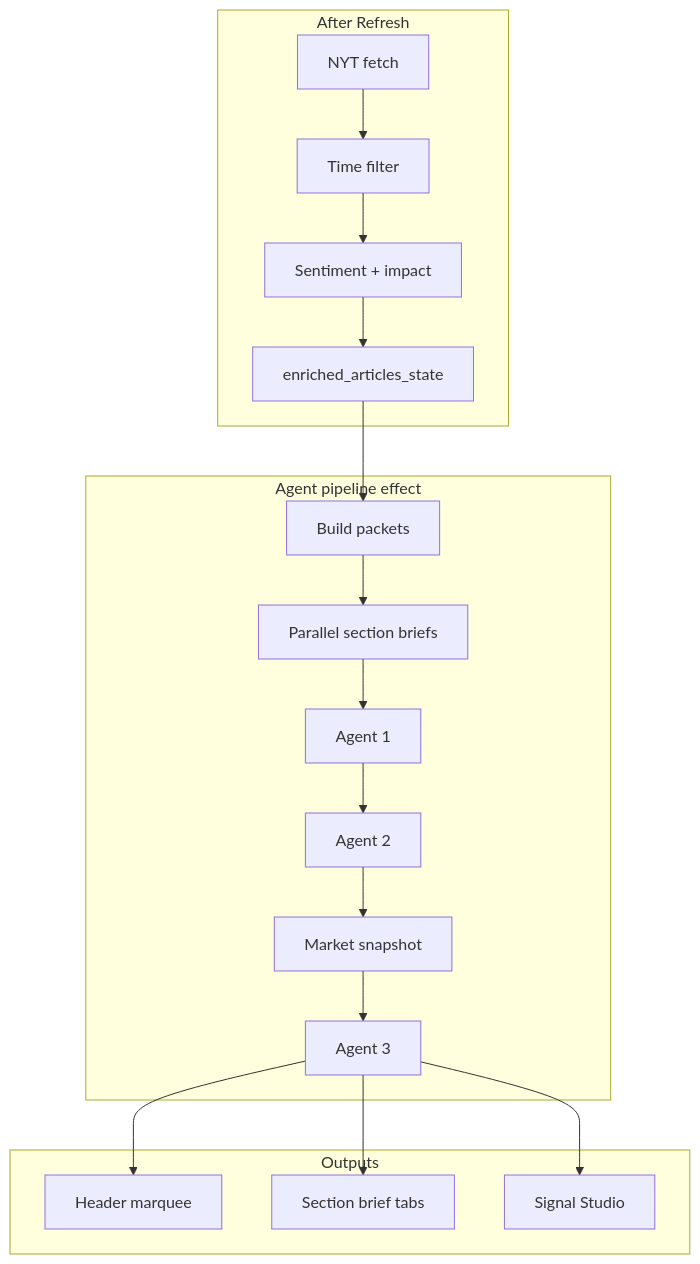
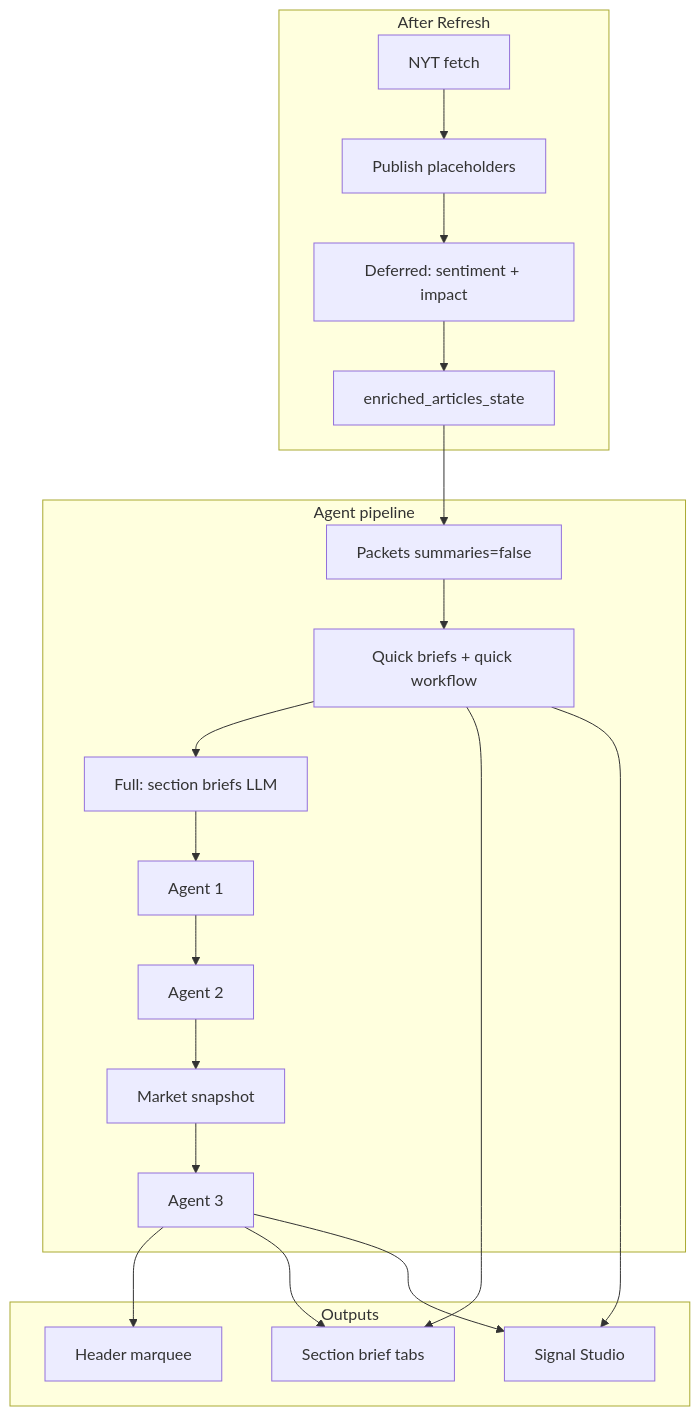
The eighth of 10 diagrams in docs/README-AppV1-Multi-Agent-Architecture.md (janhaviprof-bot/DS-AIforSystemsEng-Project), drawn with Mermaid before and after one commit. The commit also changed other lines of this file and 3 other files, not shown here.

````diff
--- a/docs/README-AppV1-Multi-Agent-Architecture.md
+++ b/docs/README-AppV1-Multi-Agent-Architecture.md
@@ -376,27 +399,31 @@
 ```mermaid
 flowchart TB
     subgraph Enrich[After Refresh]
         E1[NYT fetch]
-        E2[Time filter]
-        E3[Sentiment + impact]
+        E1b[Publish placeholders]
+        E2[Deferred: sentiment + impact]
         E4[enriched_articles_state]
     end
-    subgraph Agents[Agent pipeline effect]
-        P[Build packets]
-        B[Parallel section briefs]
+    subgraph Agents[Agent pipeline]
+        P[Packets summaries=false]
+        Q[Quick briefs + quick workflow]
+        B[Full: section briefs LLM]
         A1[Agent 1]
         A2[Agent 2]
         M[Market snapshot]
         A3[Agent 3]
     end
     subgraph UI[Outputs]
         H[Header marquee]
         T[Section brief tabs]
         SS[Signal Studio]
     end
-    E1 --> E2 --> E3 --> E4
-    E4 --> P --> B --> A1 --> A2 --> M --> A3
+    E1 --> E1b --> E2 --> E4
+    E4 --> P --> Q
+    Q --> B --> A1 --> A2 --> M --> A3
     A3 --> H
+    Q --> T
+    Q --> SS
     A3 --> T
     A3 --> SS
 ```
````
